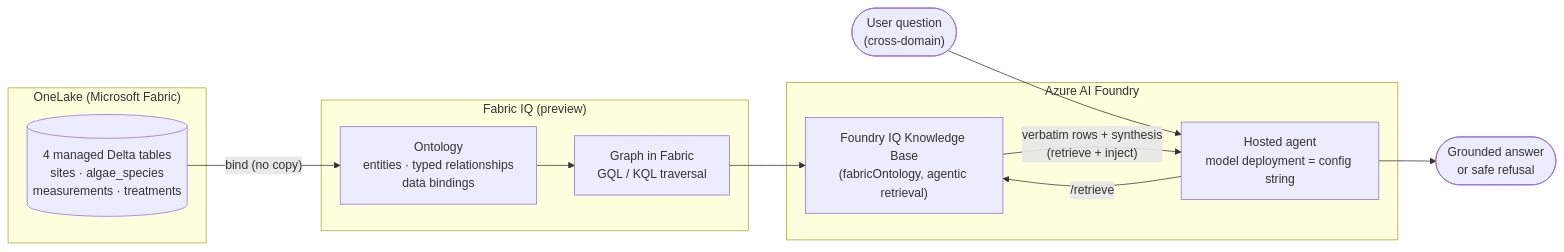
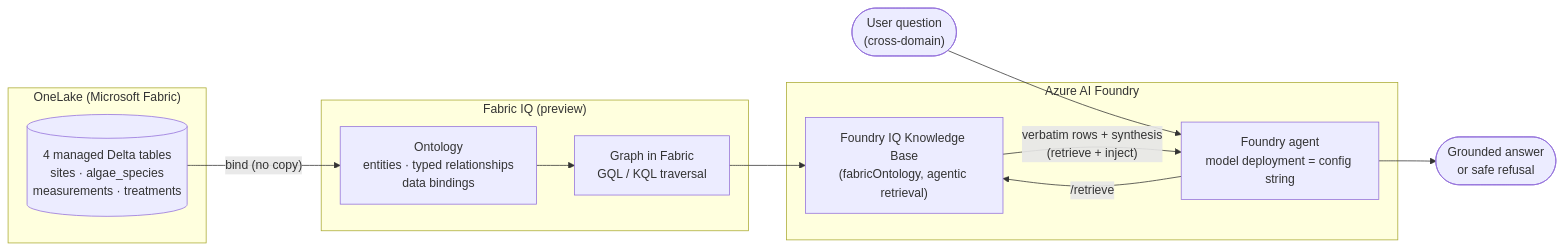
The first of 3 diagrams in README.md (ajananth/iq-nonparametric-learning), drawn with Mermaid before and after one commit. The commit also changed other lines of this file and 8 other files, not shown here.

First line of the commit message:
docs: reword "hosted agent" -> "Foundry agent" for terminology accuracy

````diff
--- a/README.md
+++ b/README.md
@@ -158,21 +158,21 @@
 ```mermaid
 flowchart LR
   subgraph OneLake["OneLake (Microsoft Fabric)"]
     T[("4 managed Delta tables<br/>sites · algae_species<br/>measurements · treatments")]
   end
   subgraph FabricIQ["Fabric IQ (preview)"]
     O["Ontology<br/>entities · typed relationships<br/>data bindings"]
     G["Graph in Fabric<br/>GQL / KQL traversal"]
   end
   subgraph Foundry["Azure AI Foundry"]
     KB["Foundry IQ Knowledge Base<br/>(fabricOntology, agentic retrieval)"]
-    A["Hosted agent<br/>model deployment = config string"]
+    A["Foundry agent<br/>model deployment = config string"]
   end
   Q(["User question<br/>(cross-domain)"]) --> A
   T -- "bind (no copy)" --> O
   O --> G
   G --> KB
   A -- "/retrieve" --> KB
   KB -- "verbatim rows + synthesis<br/>(retrieve + inject)" --> A
   A --> ANS(["Grounded answer<br/>or safe refusal"])
 ```
````
